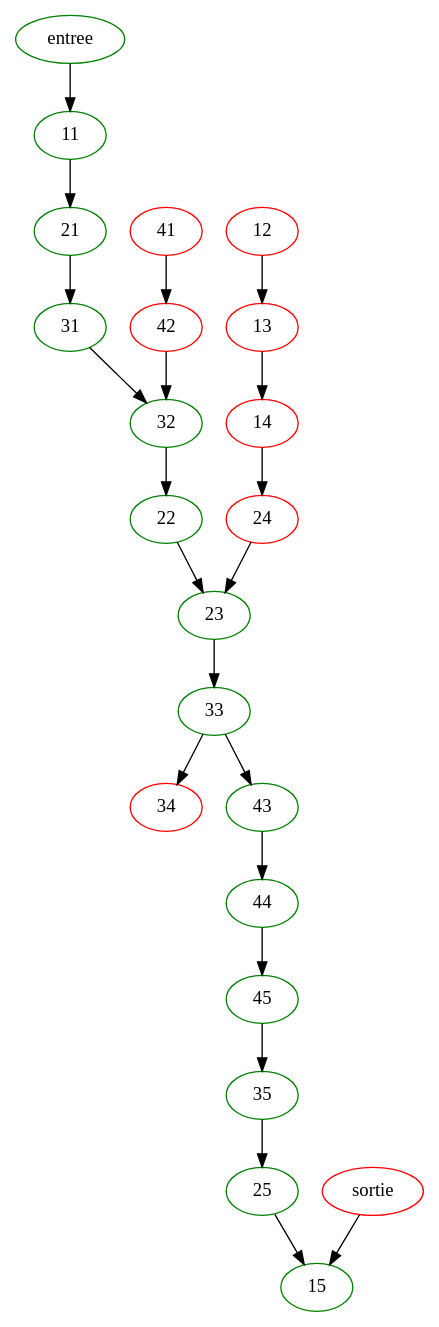
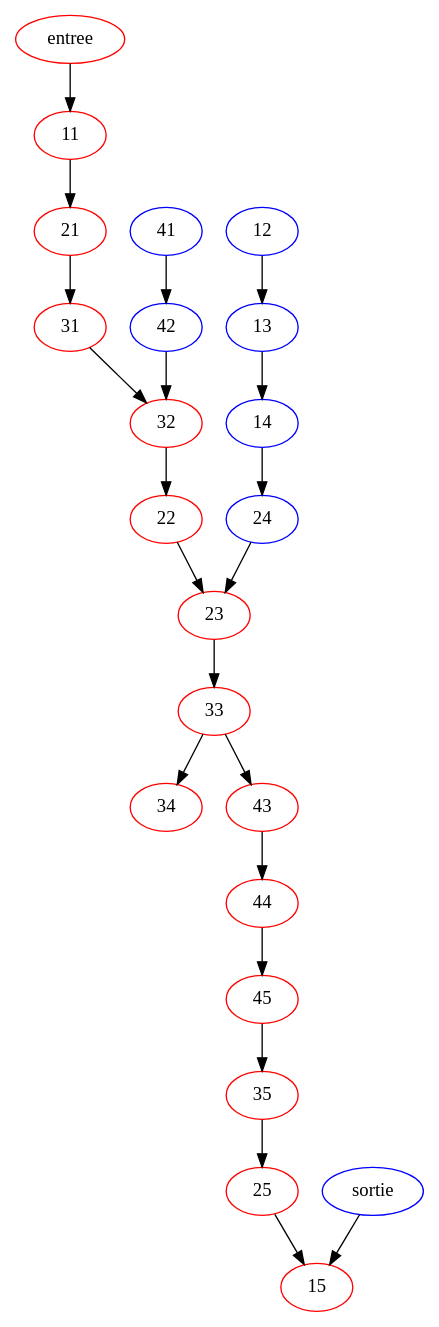
One commit to ptitguigui/Licence_Info-S5 changed the diagram in tp_graphes/ctp/graphe.dot. Above: the diagram before and after it, drawn with Graphviz. The commit also changed 3 other files, not shown here.

```diff
--- a/tp_graphes/ctp/graphe.dot
+++ b/tp_graphes/ctp/graphe.dot
@@ -1,45 +1,45 @@
 digraph {
-entree [color=GREEN]
-sortie [color=RED]
-11 [color=GREEN]
-12 [color=RED]
-13 [color=RED]
-14 [color=RED]
-15 [color=GREEN]
-21 [color=GREEN]
-22 [color=GREEN]
-23 [color=GREEN]
-24 [color=RED]
-25 [color=GREEN]
-31 [color=GREEN]
-32 [color=GREEN]
-33 [color=GREEN]
+entree [color=RED]
+sortie [color=BLUE]
+11 [color=RED]
+12 [color=BLUE]
+13 [color=BLUE]
+14 [color=BLUE]
+15 [color=RED]
+21 [color=RED]
+22 [color=RED]
+23 [color=RED]
+24 [color=BLUE]
+25 [color=RED]
+31 [color=RED]
+32 [color=RED]
+33 [color=RED]
 34 [color=RED]
-35 [color=GREEN]
-41 [color=RED]
-42 [color=RED]
-43 [color=GREEN]
-44 [color=GREEN]
-45 [color=GREEN]
+35 [color=RED]
+41 [color=BLUE]
+42 [color=BLUE]
+43 [color=RED]
+44 [color=RED]
+45 [color=RED]
 entree -> 11
 sortie -> 15
 11 -> 21
 21 -> 31
 31 -> 32
 41 -> 42
 42 -> 32
 32 -> 22
 22 -> 23
 12 -> 13
 13 -> 14
 14 -> 24
 24 -> 23
 23 -> 33
 33 -> 34
 33 -> 43
 43 -> 44
 44 -> 45
 45 -> 35
 35 -> 25
 25 -> 15
 }
```
